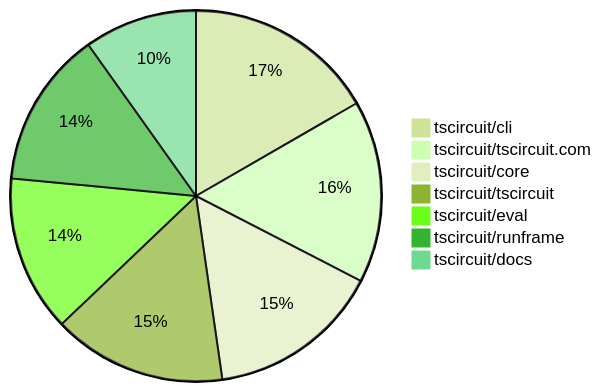
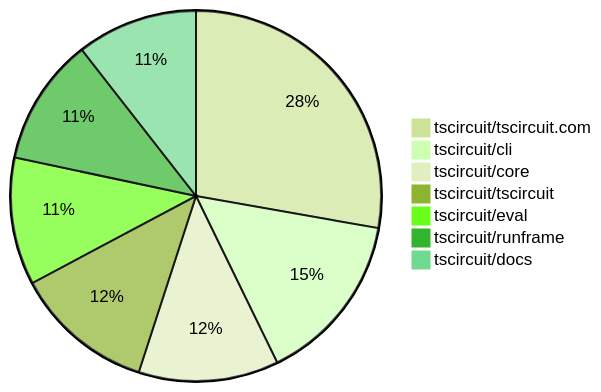
One commit to tscircuit/contribution-tracker changed the second of 2 diagrams in README.md. Above: the diagram before and after it, drawn with Mermaid (forest theme). The commit also changed other lines of this file and 3 other files, not shown here.

````diff
--- a/README.md
+++ b/README.md
@@ -123,10 +127,10 @@
 ```mermaid
 pie
-    "tscircuit/cli" : 22
-    "tscircuit/tscircuit.com" : 21
-    "tscircuit/core" : 20
-    "tscircuit/tscircuit" : 20
-    "tscircuit/eval" : 18
-    "tscircuit/runframe" : 18
-    "tscircuit/docs" : 13
+    "tscircuit/tscircuit.com" : 50
+    "tscircuit/cli" : 27
+    "tscircuit/core" : 22
+    "tscircuit/tscircuit" : 22
+    "tscircuit/eval" : 20
+    "tscircuit/runframe" : 20
+    "tscircuit/docs" : 19
 ```
````
